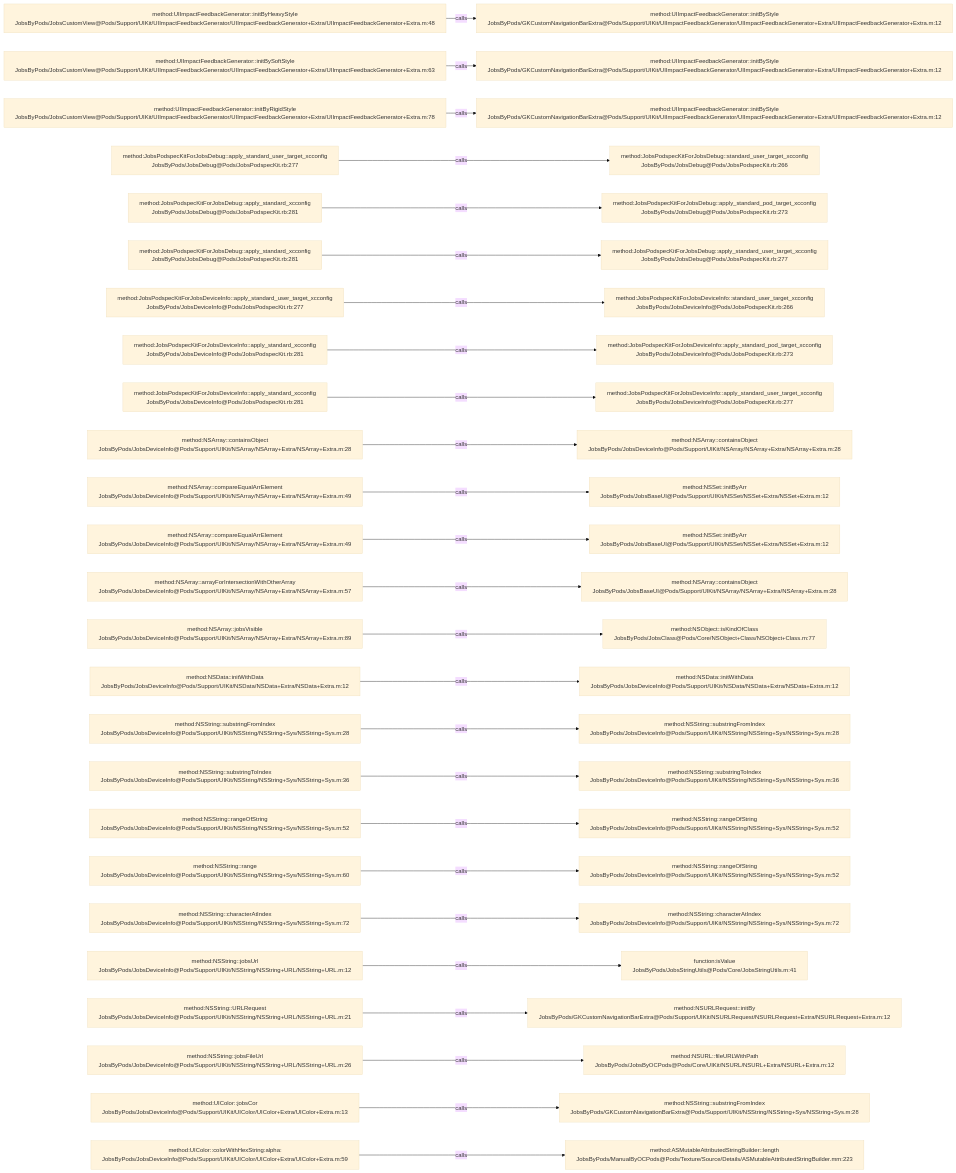
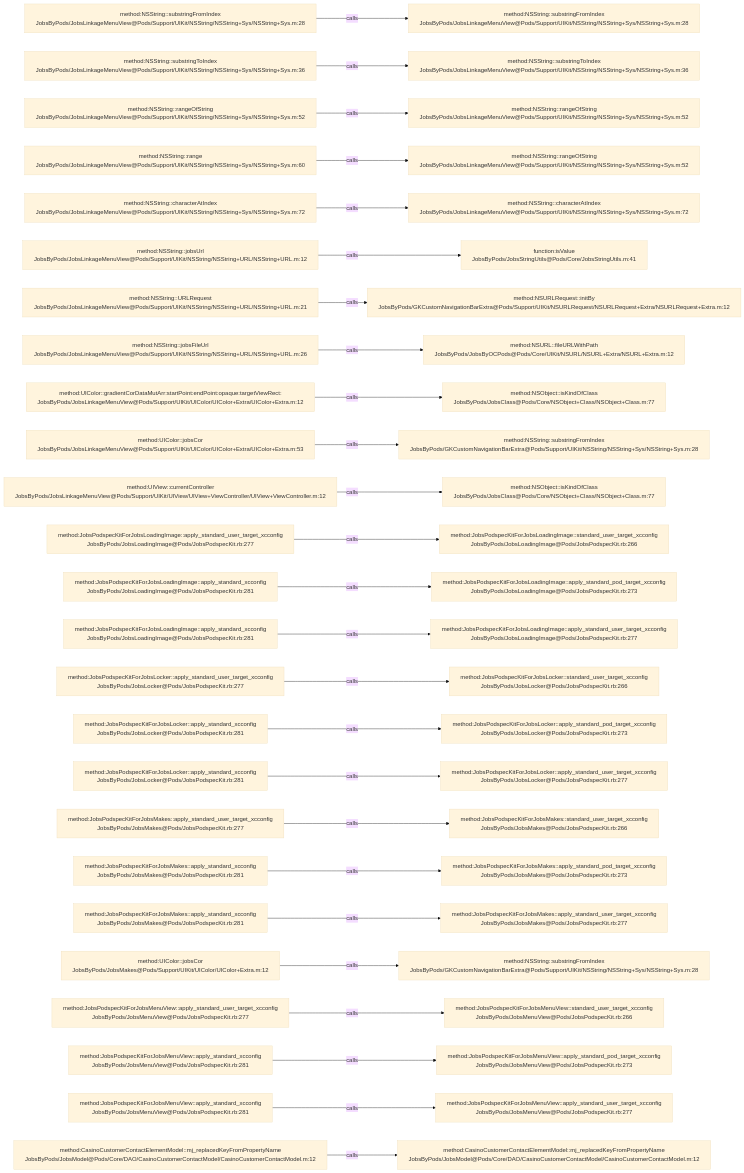
One commit to JobsKits/JobsOCBaseConfigDemo changed the diagram in .codegraph/codegraph.md/graphs/calls-011.md. Above: the diagram before and after it, drawn with Mermaid (base theme). The commit also changed 1223 other files, not shown here.

````diff
--- a/.codegraph/codegraph.md/graphs/calls-011.md
+++ b/.codegraph/codegraph.md/graphs/calls-011.md
@@ -13,78 +13,78 @@
 ```mermaid
 flowchart LR
-  S1["method:UIImpactFeedbackGenerator::initByHeavyStyle<br/>JobsByPods/JobsCustomView@Pods/Support/UIKit/UIImpactFeedbackGenerator/UIImpactFeedbackGenerator+Extra/UIImpactFeedbackGenerator+Extra.m:48"]
-  T1["method:UIImpactFeedbackGenerator::initByStyle<br/>JobsByPods/GKCustomNavigationBarExtra@Pods/Support/UIKit/UIImpactFeedbackGenerator/UIImpactFeedbackGenerator+Extra/UIImpactFeedbackGenerator+Extra.m:12"]
+  S1["method:NSString::substringFromIndex<br/>JobsByPods/JobsLinkageMenuView@Pods/Support/UIKit/NSString/NSString+Sys/NSString+Sys.m:28"]
+  T1["method:NSString::substringFromIndex<br/>JobsByPods/JobsLinkageMenuView@Pods/Support/UIKit/NSString/NSString+Sys/NSString+Sys.m:28"]
   S1 -->|calls| T1
-  S2["method:UIImpactFeedbackGenerator::initBySoftStyle<br/>JobsByPods/JobsCustomView@Pods/Support/UIKit/UIImpactFeedbackGenerator/UIImpactFeedbackGenerator+Extra/UIImpactFeedbackGenerator+Extra.m:63"]
-  T2["method:UIImpactFeedbackGenerator::initByStyle<br/>JobsByPods/GKCustomNavigationBarExtra@Pods/Support/UIKit/UIImpactFeedbackGenerator/UIImpactFeedbackGenerator+Extra/UIImpactFeedbackGenerator+Extra.m:12"]
+  S2["method:NSString::substringToIndex<br/>JobsByPods/JobsLinkageMenuView@Pods/Support/UIKit/NSString/NSString+Sys/NSString+Sys.m:36"]
+  T2["method:NSString::substringToIndex<br/>JobsByPods/JobsLinkageMenuView@Pods/Support/UIKit/NSString/NSString+Sys/NSString+Sys.m:36"]
   S2 -->|calls| T2
-  S3["method:UIImpactFeedbackGenerator::initByRigidStyle<br/>JobsByPods/JobsCustomView@Pods/Support/UIKit/UIImpactFeedbackGenerator/UIImpactFeedbackGenerator+Extra/UIImpactFeedbackGenerator+Extra.m:78"]
-  T3["method:UIImpactFeedbackGenerator::initByStyle<br/>JobsByPods/GKCustomNavigationBarExtra@Pods/Support/UIKit/UIImpactFeedbackGenerator/UIImpactFeedbackGenerator+Extra/UIImpactFeedbackGenerator+Extra.m:12"]
+  S3["method:NSString::rangeOfString<br/>JobsByPods/JobsLinkageMenuView@Pods/Support/UIKit/NSString/NSString+Sys/NSString+Sys.m:52"]
+  T3["method:NSString::rangeOfString<br/>JobsByPods/JobsLinkageMenuView@Pods/Support/UIKit/NSString/NSString+Sys/NSString+Sys.m:52"]
   S3 -->|calls| T3
-  S4["method:JobsPodspecKitForJobsDebug::apply_standard_user_target_xcconfig<br/>JobsByPods/JobsDebug@Pods/JobsPodspecKit.rb:277"]
-  T4["method:JobsPodspecKitForJobsDebug::standard_user_target_xcconfig<br/>JobsByPods/JobsDebug@Pods/JobsPodspecKit.rb:266"]
+  S4["method:NSString::range<br/>JobsByPods/JobsLinkageMenuView@Pods/Support/UIKit/NSString/NSString+Sys/NSString+Sys.m:60"]
+  T4["method:NSString::rangeOfString<br/>JobsByPods/JobsLinkageMenuView@Pods/Support/UIKit/NSString/NSString+Sys/NSString+Sys.m:52"]
   S4 -->|calls| T4
-  S5["method:JobsPodspecKitForJobsDebug::apply_standard_xcconfig<br/>JobsByPods/JobsDebug@Pods/JobsPodspecKit.rb:281"]
-  T5["method:JobsPodspecKitForJobsDebug::apply_standard_pod_target_xcconfig<br/>JobsByPods/JobsDebug@Pods/JobsPodspecKit.rb:273"]
+  S5["method:NSString::characterAtIndex<br/>JobsByPods/JobsLinkageMenuView@Pods/Support/UIKit/NSString/NSString+Sys/NSString+Sys.m:72"]
+  T5["method:NSString::characterAtIndex<br/>JobsByPods/JobsLinkageMenuView@Pods/Support/UIKit/NSString/NSString+Sys/NSString+Sys.m:72"]
   S5 -->|calls| T5
-  S6["method:JobsPodspecKitForJobsDebug::apply_standard_xcconfig<br/>JobsByPods/JobsDebug@Pods/JobsPodspecKit.rb:281"]
-  T6["method:JobsPodspecKitForJobsDebug::apply_standard_user_target_xcconfig<br/>JobsByPods/JobsDebug@Pods/JobsPodspecKit.rb:277"]
+  S6["method:NSString::jobsUrl<br/>JobsByPods/JobsLinkageMenuView@Pods/Support/UIKit/NSString/NSString+URL/NSString+URL.m:12"]
+  T6["function:isValue<br/>JobsByPods/JobsStringUtils@Pods/Core/JobsStringUtils.m:41"]
   S6 -->|calls| T6
-  S7["method:JobsPodspecKitForJobsDeviceInfo::apply_standard_user_target_xcconfig<br/>JobsByPods/JobsDeviceInfo@Pods/JobsPodspecKit.rb:277"]
-  T7["method:JobsPodspecKitForJobsDeviceInfo::standard_user_target_xcconfig<br/>JobsByPods/JobsDeviceInfo@Pods/JobsPodspecKit.rb:266"]
+  S7["method:NSString::URLRequest<br/>JobsByPods/JobsLinkageMenuView@Pods/Support/UIKit/NSString/NSString+URL/NSString+URL.m:21"]
+  T7["method:NSURLRequest::initBy<br/>JobsByPods/GKCustomNavigationBarExtra@Pods/Support/UIKit/NSURLRequest/NSURLRequest+Extra/NSURLRequest+Extra.m:12"]
   S7 -->|calls| T7
-  S8["method:JobsPodspecKitForJobsDeviceInfo::apply_standard_xcconfig<br/>JobsByPods/JobsDeviceInfo@Pods/JobsPodspecKit.rb:281"]
-  T8["method:JobsPodspecKitForJobsDeviceInfo::apply_standard_pod_target_xcconfig<br/>JobsByPods/JobsDeviceInfo@Pods/JobsPodspecKit.rb:273"]
+  S8["method:NSString::jobsFileUrl<br/>JobsByPods/JobsLinkageMenuView@Pods/Support/UIKit/NSString/NSString+URL/NSString+URL.m:26"]
+  T8["method:NSURL::fileURLWithPath<br/>JobsByPods/JobsByOCPods@Pods/Core/UIKit/NSURL/NSURL+Extra/NSURL+Extra.m:12"]
   S8 -->|calls| T8
-  S9["method:JobsPodspecKitForJobsDeviceInfo::apply_standard_xcconfig<br/>JobsByPods/JobsDeviceInfo@Pods/JobsPodspecKit.rb:281"]
-  T9["method:JobsPodspecKitForJobsDeviceInfo::apply_standard_user_target_xcconfig<br/>JobsByPods/JobsDeviceInfo@Pods/JobsPodspecKit.rb:277"]
+  S9["method:UIColor::gradientCorDataMutArr:startPoint:endPoint:opaque:targetViewRect:<br/>JobsByPods/JobsLinkageMenuView@Pods/Support/UIKit/UIColor/UIColor+Extra/UIColor+Extra.m:12"]
+  T9["method:NSObject::isKindOfClass<br/>JobsByPods/JobsClass@Pods/Core/NSObject+Class/NSObject+Class.m:77"]
   S9 -->|calls| T9
-  S10["method:NSArray::containsObject<br/>JobsByPods/JobsDeviceInfo@Pods/Support/UIKit/NSArray/NSArray+Extra/NSArray+Extra.m:28"]
-  T10["method:NSArray::containsObject<br/>JobsByPods/JobsDeviceInfo@Pods/Support/UIKit/NSArray/NSArray+Extra/NSArray+Extra.m:28"]
+  S10["method:UIColor::jobsCor<br/>JobsByPods/JobsLinkageMenuView@Pods/Support/UIKit/UIColor/UIColor+Extra/UIColor+Extra.m:53"]
+  T10["method:NSString::substringFromIndex<br/>JobsByPods/GKCustomNavigationBarExtra@Pods/Support/UIKit/NSString/NSString+Sys/NSString+Sys.m:28"]
   S10 -->|calls| T10
-  S11["method:NSArray::compareEqualArrElement<br/>JobsByPods/JobsDeviceInfo@Pods/Support/UIKit/NSArray/NSArray+Extra/NSArray+Extra.m:49"]
-  T11["method:NSSet::initByArr<br/>JobsByPods/JobsBaseUI@Pods/Support/UIKit/NSSet/NSSet+Extra/NSSet+Extra.m:12"]
+  S11["method:UIView::currentController<br/>JobsByPods/JobsLinkageMenuView@Pods/Support/UIKit/UIView/UIView+ViewController/UIView+ViewController.m:12"]
+  T11["method:NSObject::isKindOfClass<br/>JobsByPods/JobsClass@Pods/Core/NSObject+Class/NSObject+Class.m:77"]
   S11 -->|calls| T11
-  S12["method:NSArray::compareEqualArrElement<br/>JobsByPods/JobsDeviceInfo@Pods/Support/UIKit/NSArray/NSArray+Extra/NSArray+Extra.m:49"]
-  T12["method:NSSet::initByArr<br/>JobsByPods/JobsBaseUI@Pods/Support/UIKit/NSSet/NSSet+Extra/NSSet+Extra.m:12"]
+  S12["method:JobsPodspecKitForJobsLoadingImage::apply_standard_user_target_xcconfig<br/>JobsByPods/JobsLoadingImage@Pods/JobsPodspecKit.rb:277"]
+  T12["method:JobsPodspecKitForJobsLoadingImage::standard_user_target_xcconfig<br/>JobsByPods/JobsLoadingImage@Pods/JobsPodspecKit.rb:266"]
   S12 -->|calls| T12
-  S13["method:NSArray::arrayForIntersectionWithOtherArray<br/>JobsByPods/JobsDeviceInfo@Pods/Support/UIKit/NSArray/NSArray+Extra/NSArray+Extra.m:57"]
-  T13["method:NSArray::containsObject<br/>JobsByPods/JobsBaseUI@Pods/Support/UIKit/NSArray/NSArray+Extra/NSArray+Extra.m:28"]
+  S13["method:JobsPodspecKitForJobsLoadingImage::apply_standard_xcconfig<br/>JobsByPods/JobsLoadingImage@Pods/JobsPodspecKit.rb:281"]
+  T13["method:JobsPodspecKitForJobsLoadingImage::apply_standard_pod_target_xcconfig<br/>JobsByPods/JobsLoadingImage@Pods/JobsPodspecKit.rb:273"]
   S13 -->|calls| T13
-  S14["method:NSArray::jobsVisible<br/>JobsByPods/JobsDeviceInfo@Pods/Support/UIKit/NSArray/NSArray+Extra/NSArray+Extra.m:89"]
-  T14["method:NSObject::isKindOfClass<br/>JobsByPods/JobsClass@Pods/Core/NSObject+Class/NSObject+Class.m:77"]
+  S14["method:JobsPodspecKitForJobsLoadingImage::apply_standard_xcconfig<br/>JobsByPods/JobsLoadingImage@Pods/JobsPodspecKit.rb:281"]
+  T14["method:JobsPodspecKitForJobsLoadingImage::apply_standard_user_target_xcconfig<br/>JobsByPods/JobsLoadingImage@Pods/JobsPodspecKit.rb:277"]
   S14 -->|calls| T14
-  S15["method:NSData::initWithData<br/>JobsByPods/JobsDeviceInfo@Pods/Support/UIKit/NSData/NSData+Extra/NSData+Extra.m:12"]
-  T15["method:NSData::initWithData<br/>JobsByPods/JobsDeviceInfo@Pods/Support/UIKit/NSData/NSData+Extra/NSData+Extra.m:12"]
+  S15["method:JobsPodspecKitForJobsLocker::apply_standard_user_target_xcconfig<br/>JobsByPods/JobsLocker@Pods/JobsPodspecKit.rb:277"]
+  T15["method:JobsPodspecKitForJobsLocker::standard_user_target_xcconfig<br/>JobsByPods/JobsLocker@Pods/JobsPodspecKit.rb:266"]
   S15 -->|calls| T15
-  S16["method:NSString::substringFromIndex<br/>JobsByPods/JobsDeviceInfo@Pods/Support/UIKit/NSString/NSString+Sys/NSString+Sys.m:28"]
-  T16["method:NSString::substringFromIndex<br/>JobsByPods/JobsDeviceInfo@Pods/Support/UIKit/NSString/NSString+Sys/NSString+Sys.m:28"]
+  S16["method:JobsPodspecKitForJobsLocker::apply_standard_xcconfig<br/>JobsByPods/JobsLocker@Pods/JobsPodspecKit.rb:281"]
+  T16["method:JobsPodspecKitForJobsLocker::apply_standard_pod_target_xcconfig<br/>JobsByPods/JobsLocker@Pods/JobsPodspecKit.rb:273"]
   S16 -->|calls| T16
-  S17["method:NSString::substringToIndex<br/>JobsByPods/JobsDeviceInfo@Pods/Support/UIKit/NSString/NSString+Sys/NSString+Sys.m:36"]
-  T17["method:NSString::substringToIndex<br/>JobsByPods/JobsDeviceInfo@Pods/Support/UIKit/NSString/NSString+Sys/NSString+Sys.m:36"]
+  S17["method:JobsPodspecKitForJobsLocker::apply_standard_xcconfig<br/>JobsByPods/JobsLocker@Pods/JobsPodspecKit.rb:281"]
+  T17["method:JobsPodspecKitForJobsLocker::apply_standard_user_target_xcconfig<br/>JobsByPods/JobsLocker@Pods/JobsPodspecKit.rb:277"]
   S17 -->|calls| T17
-  S18["method:NSString::rangeOfString<br/>JobsByPods/JobsDeviceInfo@Pods/Support/UIKit/NSString/NSString+Sys/NSString+Sys.m:52"]
-  T18["method:NSString::rangeOfString<br/>JobsByPods/JobsDeviceInfo@Pods/Support/UIKit/NSString/NSString+Sys/NSString+Sys.m:52"]
+  S18["method:JobsPodspecKitForJobsMakes::apply_standard_user_target_xcconfig<br/>JobsByPods/JobsMakes@Pods/JobsPodspecKit.rb:277"]
+  T18["method:JobsPodspecKitForJobsMakes::standard_user_target_xcconfig<br/>JobsByPods/JobsMakes@Pods/JobsPodspecKit.rb:266"]
   S18 -->|calls| T18
-  S19["method:NSString::range<br/>JobsByPods/JobsDeviceInfo@Pods/Support/UIKit/NSString/NSString+Sys/NSString+Sys.m:60"]
-  T19["method:NSString::rangeOfString<br/>JobsByPods/JobsDeviceInfo@Pods/Support/UIKit/NSString/NSString+Sys/NSString+Sys.m:52"]
+  S19["method:JobsPodspecKitForJobsMakes::apply_standard_xcconfig<br/>JobsByPods/JobsMakes@Pods/JobsPodspecKit.rb:281"]
+  T19["method:JobsPodspecKitForJobsMakes::apply_standard_pod_target_xcconfig<br/>JobsByPods/JobsMakes@Pods/JobsPodspecKit.rb:273"]
   S19 -->|calls| T19
-  S20["method:NSString::characterAtIndex<br/>JobsByPods/JobsDeviceInfo@Pods/Support/UIKit/NSString/NSString+Sys/NSString+Sys.m:72"]
-  T20["method:NSString::characterAtIndex<br/>JobsByPods/JobsDeviceInfo@Pods/Support/UIKit/NSString/NSString+Sys/NSString+Sys.m:72"]
+  S20["method:JobsPodspecKitForJobsMakes::apply_standard_xcconfig<br/>JobsByPods/JobsMakes@Pods/JobsPodspecKit.rb:281"]
+  T20["method:JobsPodspecKitForJobsMakes::apply_standard_user_target_xcconfig<br/>JobsByPods/JobsMakes@Pods/JobsPodspecKit.rb:277"]
   S20 -->|calls| T20
-  S21["method:NSString::jobsUrl<br/>JobsByPods/JobsDeviceInfo@Pods/Support/UIKit/NSString/NSString+URL/NSString+URL.m:12"]
-  T21["function:isValue<br/>JobsByPods/JobsStringUtils@Pods/Core/JobsStringUtils.m:41"]
+  S21["method:UIColor::jobsCor<br/>JobsByPods/JobsMakes@Pods/Support/UIKit/UIColor/UIColor+Extra.m:12"]
+  T21["method:NSString::substringFromIndex<br/>JobsByPods/GKCustomNavigationBarExtra@Pods/Support/UIKit/NSString/NSString+Sys/NSString+Sys.m:28"]
   S21 -->|calls| T21
-  S22["method:NSString::URLRequest<br/>JobsByPods/JobsDeviceInfo@Pods/Support/UIKit/NSString/NSString+URL/NSString+URL.m:21"]
-  T22["method:NSURLRequest::initBy<br/>JobsByPods/GKCustomNavigationBarExtra@Pods/Support/UIKit/NSURLRequest/NSURLRequest+Extra/NSURLRequest+Extra.m:12"]
+  S22["method:JobsPodspecKitForJobsMenuView::apply_standard_user_target_xcconfig<br/>JobsByPods/JobsMenuView@Pods/JobsPodspecKit.rb:277"]
+  T22["method:JobsPodspecKitForJobsMenuView::standard_user_target_xcconfig<br/>JobsByPods/JobsMenuView@Pods/JobsPodspecKit.rb:266"]
   S22 -->|calls| T22
-  S23["method:NSString::jobsFileUrl<br/>JobsByPods/JobsDeviceInfo@Pods/Support/UIKit/NSString/NSString+URL/NSString+URL.m:26"]
-  T23["method:NSURL::fileURLWithPath<br/>JobsByPods/JobsByOCPods@Pods/Core/UIKit/NSURL/NSURL+Extra/NSURL+Extra.m:12"]
+  S23["method:JobsPodspecKitForJobsMenuView::apply_standard_xcconfig<br/>JobsByPods/JobsMenuView@Pods/JobsPodspecKit.rb:281"]
+  T23["method:JobsPodspecKitForJobsMenuView::apply_standard_pod_target_xcconfig<br/>JobsByPods/JobsMenuView@Pods/JobsPodspecKit.rb:273"]
   S23 -->|calls| T23
-  S24["method:UIColor::jobsCor<br/>JobsByPods/JobsDeviceInfo@Pods/Support/UIKit/UIColor/UIColor+Extra/UIColor+Extra.m:13"]
-  T24["method:NSString::substringFromIndex<br/>JobsByPods/GKCustomNavigationBarExtra@Pods/Support/UIKit/NSString/NSString+Sys/NSString+Sys.m:28"]
+  S24["method:JobsPodspecKitForJobsMenuView::apply_standard_xcconfig<br/>JobsByPods/JobsMenuView@Pods/JobsPodspecKit.rb:281"]
+  T24["method:JobsPodspecKitForJobsMenuView::apply_standard_user_target_xcconfig<br/>JobsByPods/JobsMenuView@Pods/JobsPodspecKit.rb:277"]
   S24 -->|calls| T24
-  S25["method:UIColor::colorWithHexString:alpha:<br/>JobsByPods/JobsDeviceInfo@Pods/Support/UIKit/UIColor/UIColor+Extra/UIColor+Extra.m:59"]
-  T25["method:ASMutableAttributedStringBuilder::length<br/>JobsByPods/ManualByOCPods@Pods/Texture/Source/Details/ASMutableAttributedStringBuilder.mm:223"]
+  S25["method:CasinoCustomerContactElementModel::mj_replacedKeyFromPropertyName<br/>JobsByPods/JobsModel@Pods/Core/DAO/CasinoCustomerContactModel/CasinoCustomerContactModel.m:12"]
+  T25["method:CasinoCustomerContactElementModel::mj_replacedKeyFromPropertyName<br/>JobsByPods/JobsModel@Pods/Core/DAO/CasinoCustomerContactModel/CasinoCustomerContactModel.m:12"]
   S25 -->|calls| T25
 ```
````
